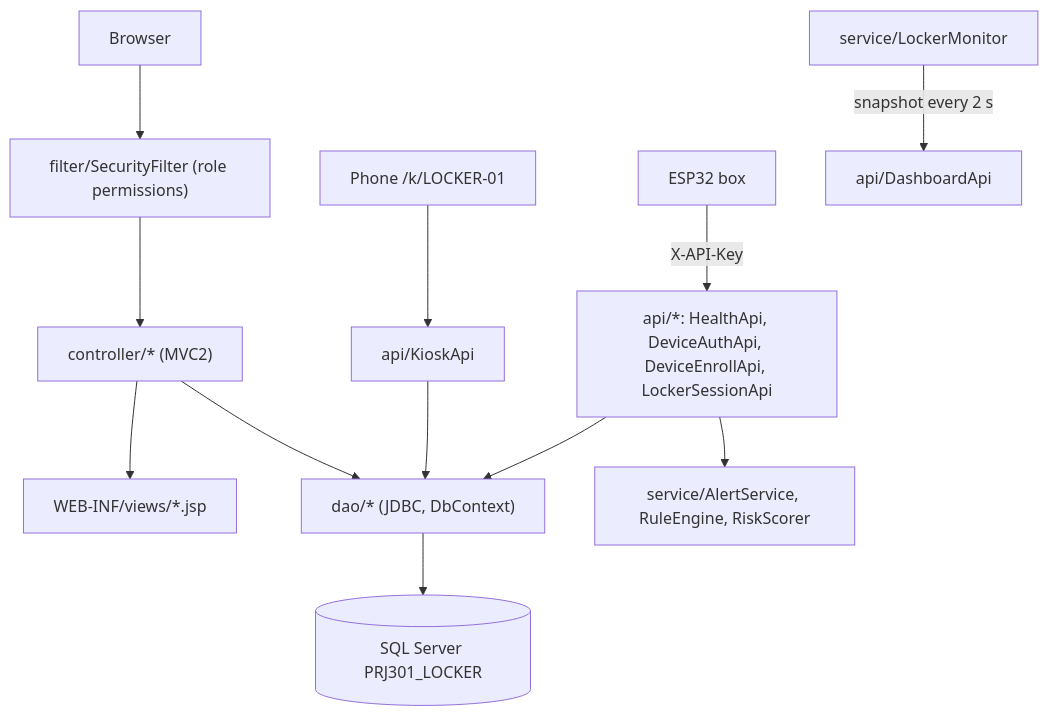
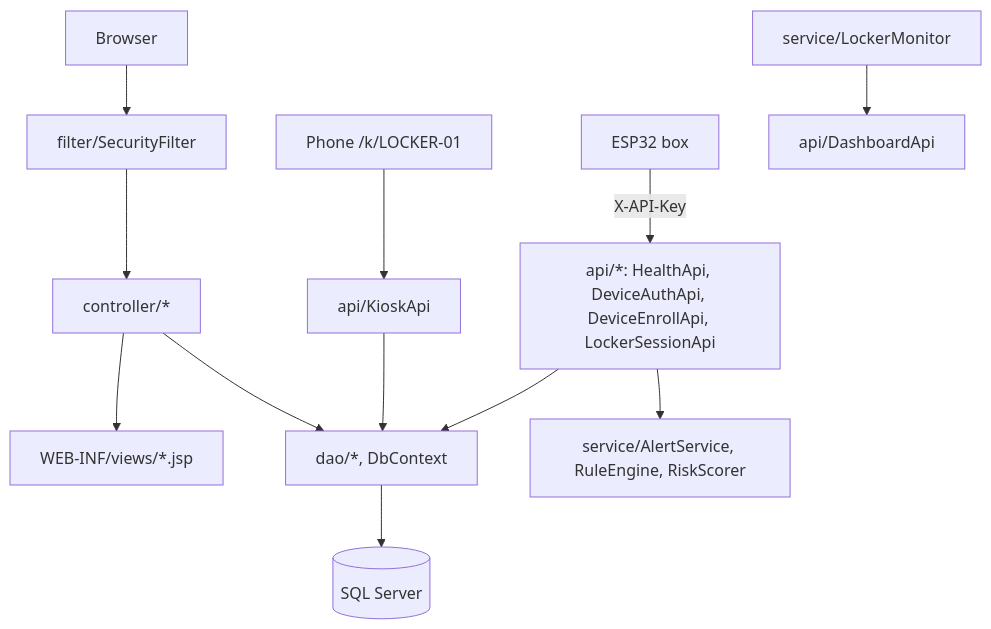
The fourth of 4 diagrams in README.en.md (HoangDuc1003/SmartLocker), drawn with Mermaid before and after one commit. The commit also changed other lines of this file and 1 other file, not shown here.

````diff
--- a/README.en.md
+++ b/README.en.md
@@ -418,14 +432,14 @@
 ```mermaid
 flowchart TD
     ESP["ESP32 box"] -->|X-API-Key| API["api/*: HealthApi, DeviceAuthApi, DeviceEnrollApi, LockerSessionApi"]
     Phone["Phone /k/LOCKER-01"] --> Kiosk["api/KioskApi"]
-    Browser["Browser"] --> Filter["filter/SecurityFilter (role permissions)"]
-    Filter --> Ctrl["controller/* (MVC2)"]
+    Browser["Browser"] --> Filter["filter/SecurityFilter"]
+    Filter --> Ctrl["controller/*"]
     Ctrl --> Views["WEB-INF/views/*.jsp"]
-    API --> DAO["dao/* (JDBC, DbContext)"]
+    API --> DAO["dao/*, DbContext"]
     Kiosk --> DAO
     Ctrl --> DAO
     API --> Svc["service/AlertService, RuleEngine, RiskScorer"]
-    Monitor["service/LockerMonitor"] -->|"snapshot every 2 s"| DashApi["api/DashboardApi"]
-    DAO --> DB[("SQL Server PRJ301_LOCKER")]
+    Monitor["service/LockerMonitor"] --> DashApi["api/DashboardApi"]
+    DAO --> DB[("SQL Server")]
 ```
````
